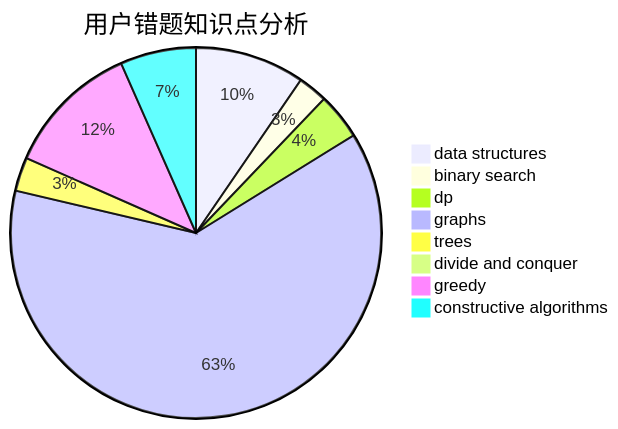
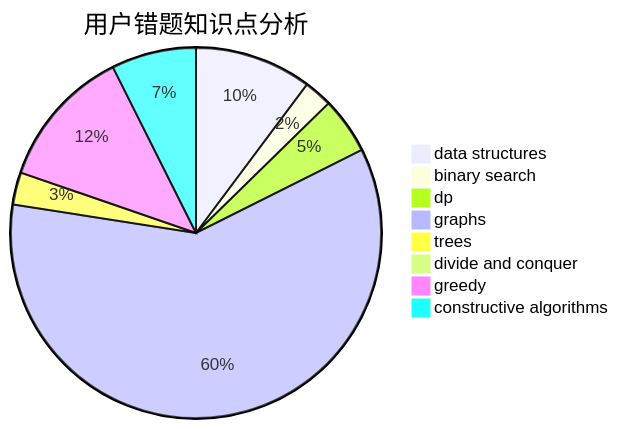
One commit to sherpahu/cfrs.github.io changed the third of 3 diagrams in docs/user/u1707.md. Above: the diagram before and after it, drawn with Mermaid. The commit also changed other lines of this file and 2770 other files, not shown here.

````diff
--- a/docs/user/u1707.md
+++ b/docs/user/u1707.md
@@ -36,11 +36,11 @@
 ```mermaid
 pie title 用户错题知识点分析
-    "data structures" :  26
+    "data structures" :  29
     "binary search" :  7
-    "dp" :  11
+    "dp" :  14
     "graphs" :  170
     "trees" :  8
     "divide and conquer" :  0
-    "greedy" :  32
-    "constructive algorithms" :  18
+    "greedy" :  35
+    "constructive algorithms" :  21
 ```
````
